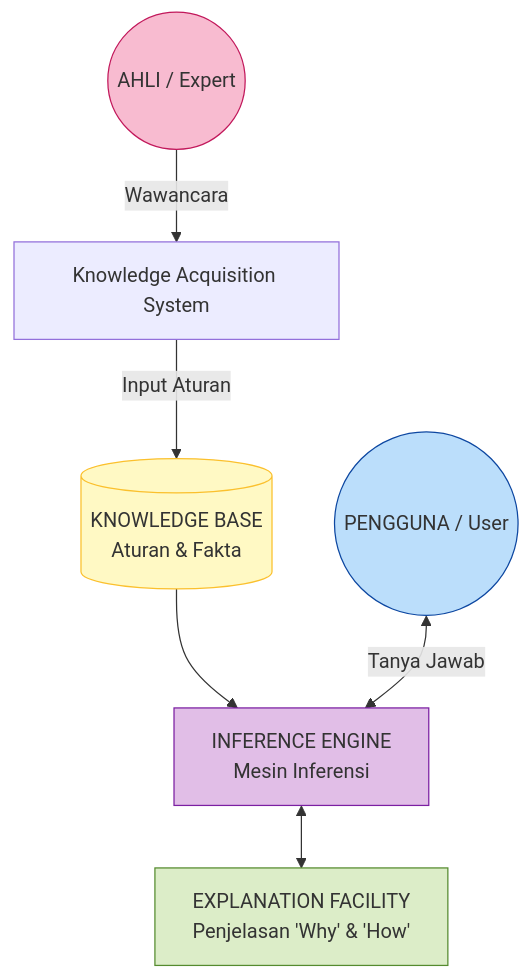
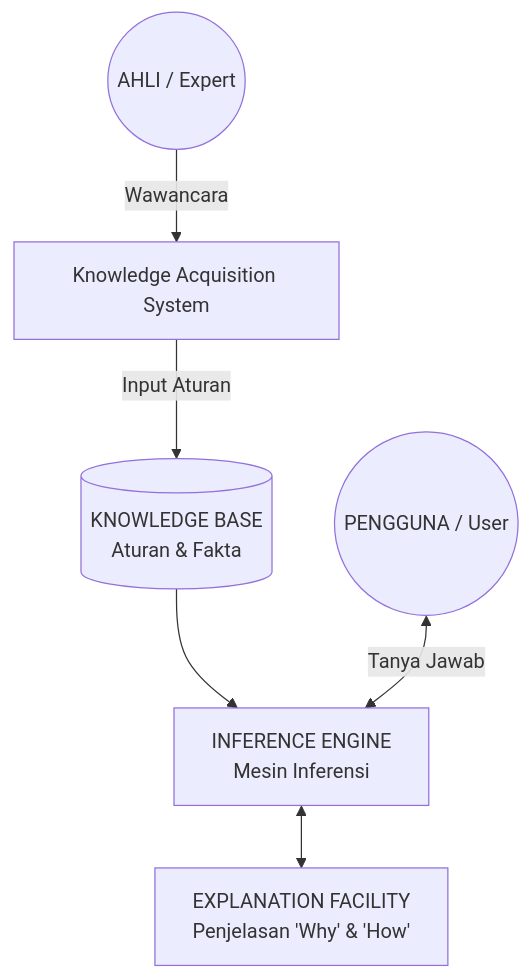
One commit to antonprafanto/dasarAI2026 changed the seventh of 9 diagrams in bab-03-representasi.md. Above: the diagram before and after it, drawn with Mermaid. The commit also changed other lines of this file and 8 other files, not shown here.

Commit message:
Fix: Remove custom Mermaid styling for better dark mode visibility

````diff
--- a/bab-03-representasi.md
+++ b/bab-03-representasi.md
@@ -535,17 +511,11 @@
 ```mermaid
 flowchart TD
     Human((AHLI / Expert)) -->|Wawancara| KAS[Knowledge Acquisition System]
     KAS -->|Input Aturan| KB[(KNOWLEDGE BASE<br/>Aturan & Fakta)]
 
     KB --> IE[INFERENCE ENGINE<br/>Mesin Inferensi]
 
     User((PENGGUNA / User)) <-->|Tanya Jawab| IE
 
     IE <--> Explain[EXPLANATION FACILITY<br/>Penjelasan 'Why' & 'How']
-
-    style Human fill:#f8bbd0,stroke:#c2185b
-    style User fill:#bbdefb,stroke:#0d47a1
-    style KB fill:#fff9c4,stroke:#fbc02d
-    style IE fill:#e1bee7,stroke:#7b1fa2
-    style Explain fill:#dcedc8,stroke:#558b2f
 ```
````
